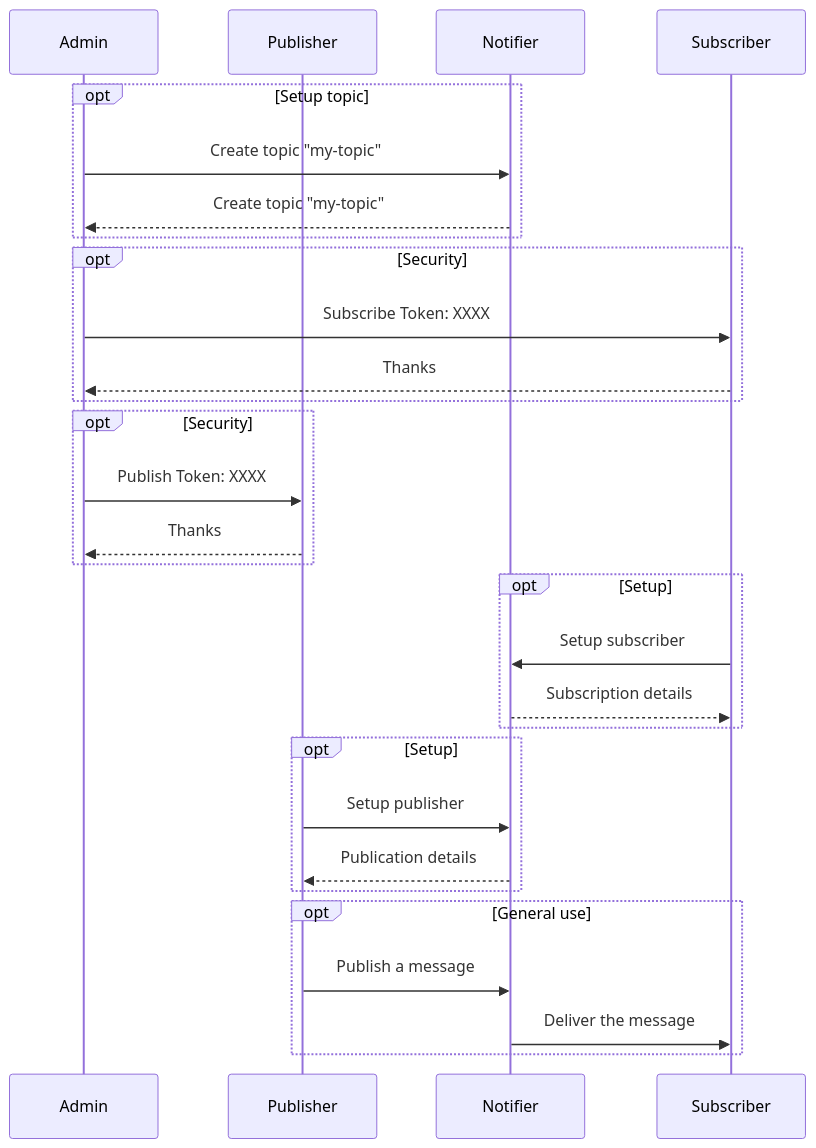
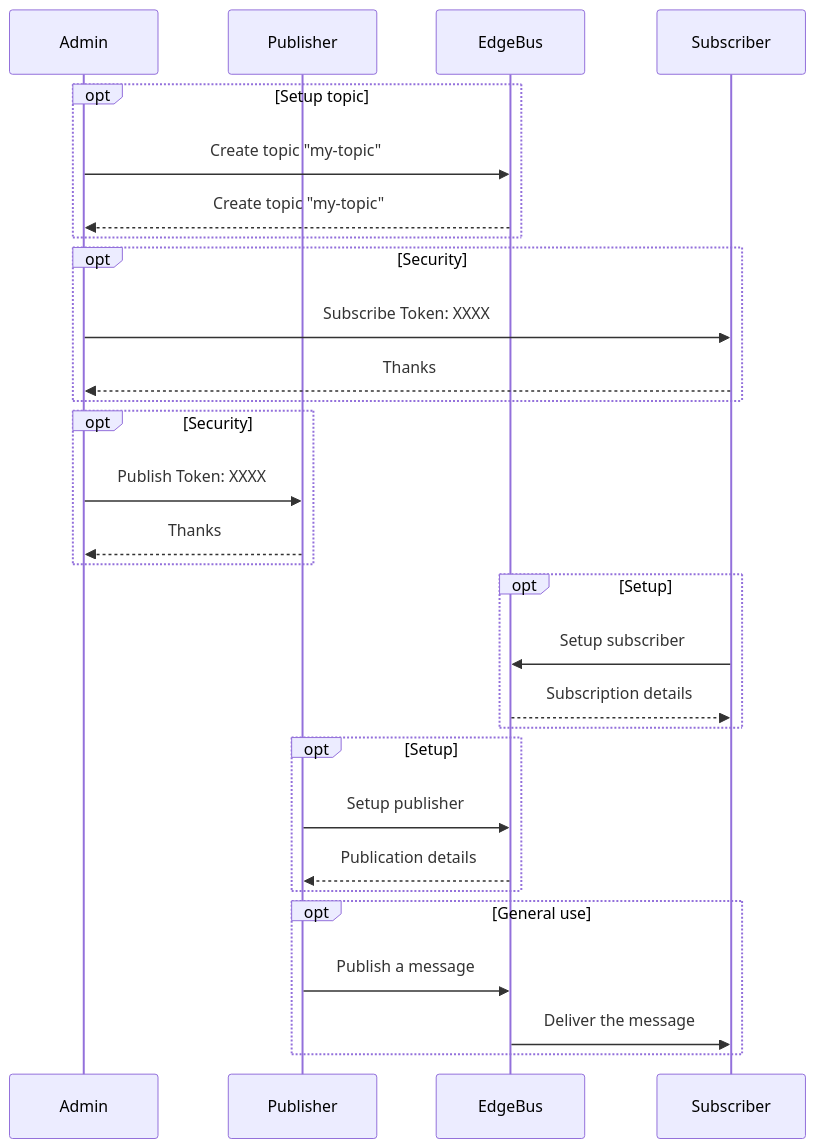
Before and after one commit to edgebus/edgebus: the second of 4 diagrams in README.md, drawn with Mermaid. The commit also changed other lines of this file and 61 other files, not shown here.

````diff
--- a/README.md
+++ b/README.md
@@ -121,31 +100,31 @@
 ```mermaid
 sequenceDiagram
 	participant Admin
 	participant Publisher
-	participant Notifier
+	participant EdgeBus
 	participant Subscriber
 	opt Setup topic
-		Admin->>Notifier: Create topic "my-topic"
-		Notifier-->>Admin: Create topic "my-topic"
+		Admin->>EdgeBus: Create topic "my-topic"
+		EdgeBus-->>Admin: Create topic "my-topic"
 	end
 	opt Security
 		Admin->>Subscriber: Subscribe Token: XXXX
 		Subscriber-->>Admin: Thanks
 	end
 	opt Security
 		Admin->>Publisher: Publish Token: XXXX
 		Publisher-->>Admin: Thanks
 	end
 	opt Setup
-	Subscriber->>Notifier: Setup subscriber
-	Notifier-->>Subscriber: Subscription details
+	Subscriber->>EdgeBus: Setup subscriber
+	EdgeBus-->>Subscriber: Subscription details
 	end
 	opt Setup
-	Publisher->>Notifier: Setup publisher
-	Notifier-->>Publisher: Publication details
+	Publisher->>EdgeBus: Setup publisher
+	EdgeBus-->>Publisher: Publication details
 	end
 	opt General use
-		Publisher->>Notifier: Publish a message
-		Notifier->>Subscriber: Deliver the message
+		Publisher->>EdgeBus: Publish a message
+		EdgeBus->>Subscriber: Deliver the message
 	end
 ```
````
